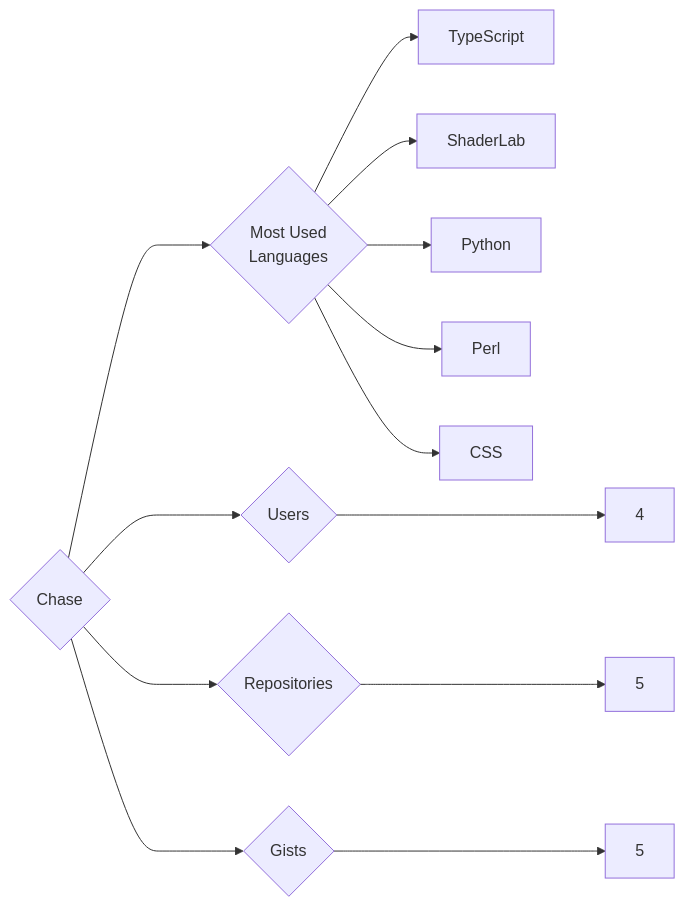
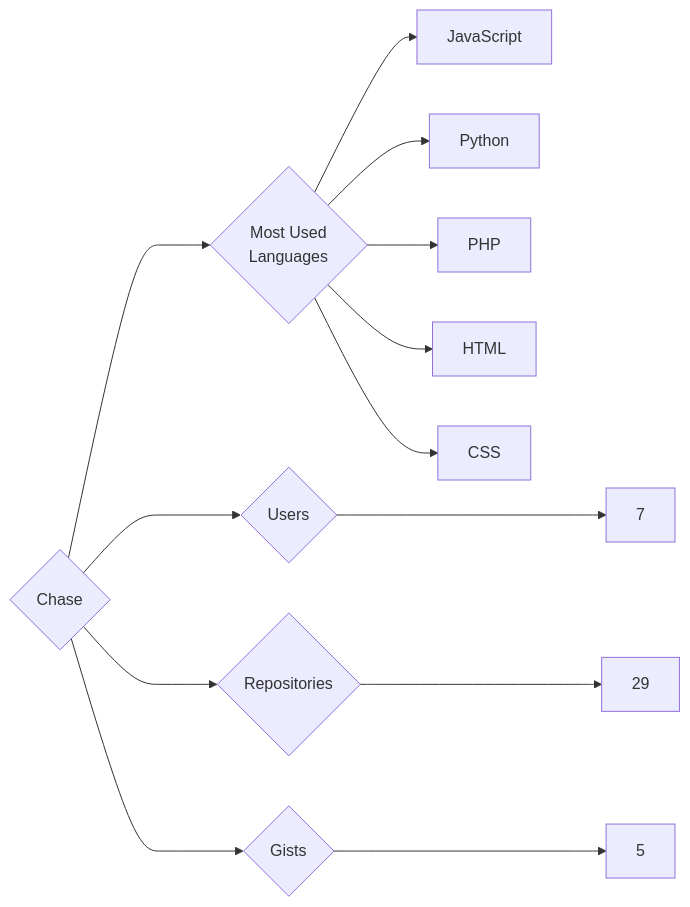
One commit to trickest/insiders changed the diagram in targets/Chase/README.md. Above: the diagram before and after it, drawn with Mermaid. The commit also changed 636 other files, not shown here.

````diff
--- a/targets/Chase/README.md
+++ b/targets/Chase/README.md
@@ -3,13 +3,13 @@
 ```mermaid
 graph LR
 COMPANY_NAME{Chase}
-COMPANY_NAME ---> U{Users} ---> UN[4]
-COMPANY_NAME ---> R{Repositories} ---> RN[5]
+COMPANY_NAME ---> U{Users} ---> UN[7]
+COMPANY_NAME ---> R{Repositories} ---> RN[29]
 COMPANY_NAME ---> G{Gists} ---> GN[5]
 COMPANY_NAME ---> ML{Most Used<br>Languages}
-ML --> TypeScript[TypeScript]
-ML --> ShaderLab[ShaderLab]
+ML --> JavaScript[JavaScript]
 ML --> Python[Python]
-ML --> Perl[Perl]
+ML --> PHP[PHP]
+ML --> HTML[HTML]
 ML --> CSS[CSS]
 ```
````
